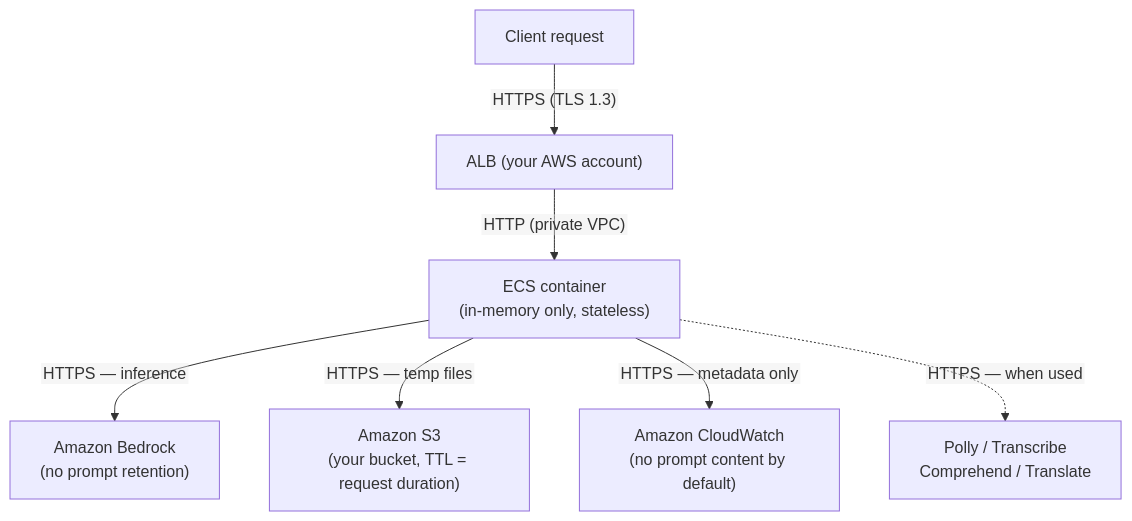
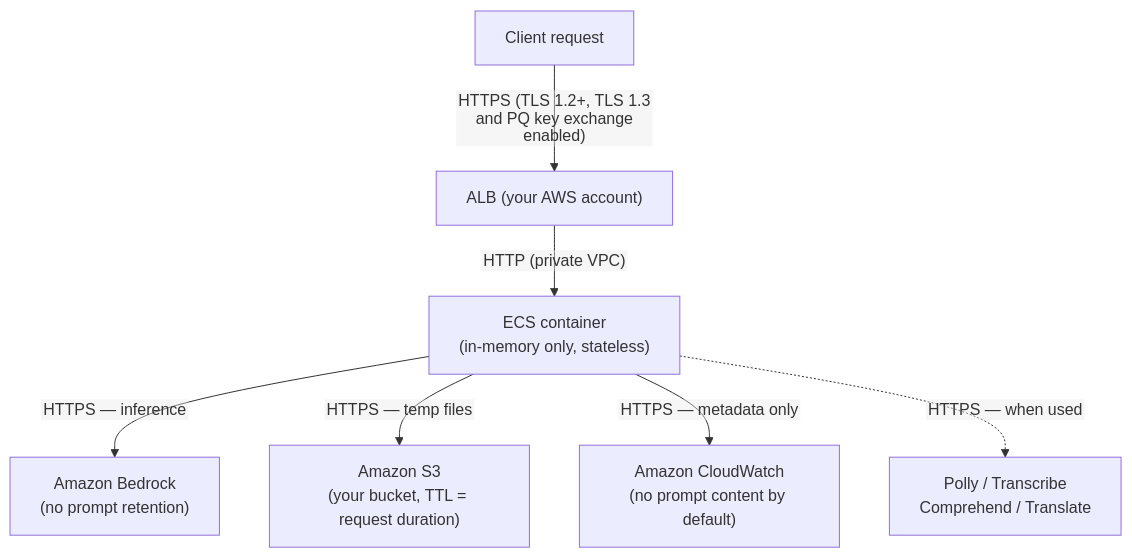
Before and after one commit to stdapi-ai/stdapi.ai: the diagram in docs/operations_compliance.md, drawn with Mermaid. The commit also changed other lines of this file and 9 other files, not shown here.

````diff
--- a/docs/operations_compliance.md
+++ b/docs/operations_compliance.md
@@ -44,10 +44,10 @@
 ```mermaid
 %%{init: {'flowchart': {'htmlLabels': false}} }%%
 flowchart TD
-    client["Client request"] -->|"HTTPS (TLS 1.3)"| alb["ALB (your AWS account)"]
+    client["Client request"] -->|"HTTPS (TLS 1.2+, TLS 1.3 and PQ key exchange enabled)"| alb["ALB (your AWS account)"]
     alb -->|"HTTP (private VPC)"| ecs["ECS container\n(in-memory only, stateless)"]
     ecs -->|"HTTPS — inference"| bedrock["Amazon Bedrock\n(no prompt retention)"]
     ecs -->|"HTTPS — temp files"| s3["Amazon S3\n(your bucket, TTL = request duration)"]
     ecs -->|"HTTPS — metadata only"| cw["Amazon CloudWatch\n(no prompt content by default)"]
     ecs -.->|"HTTPS — when used"| ai["Polly / Transcribe\nComprehend / Translate"]
 ```
````
